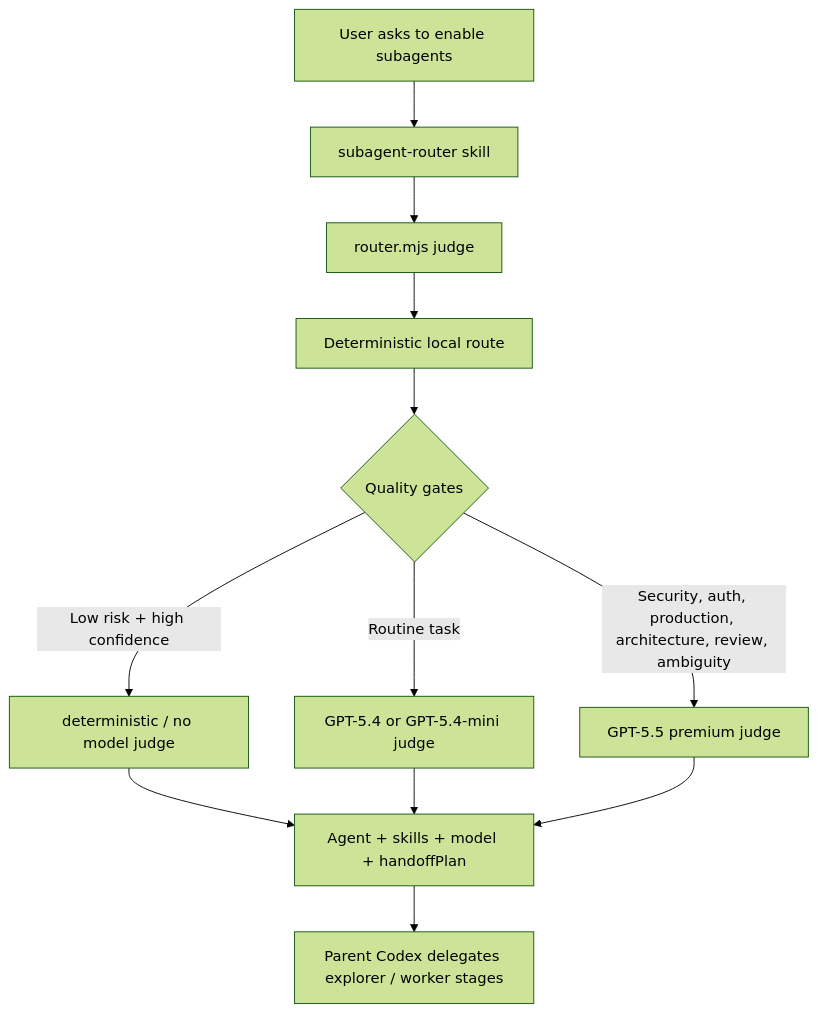
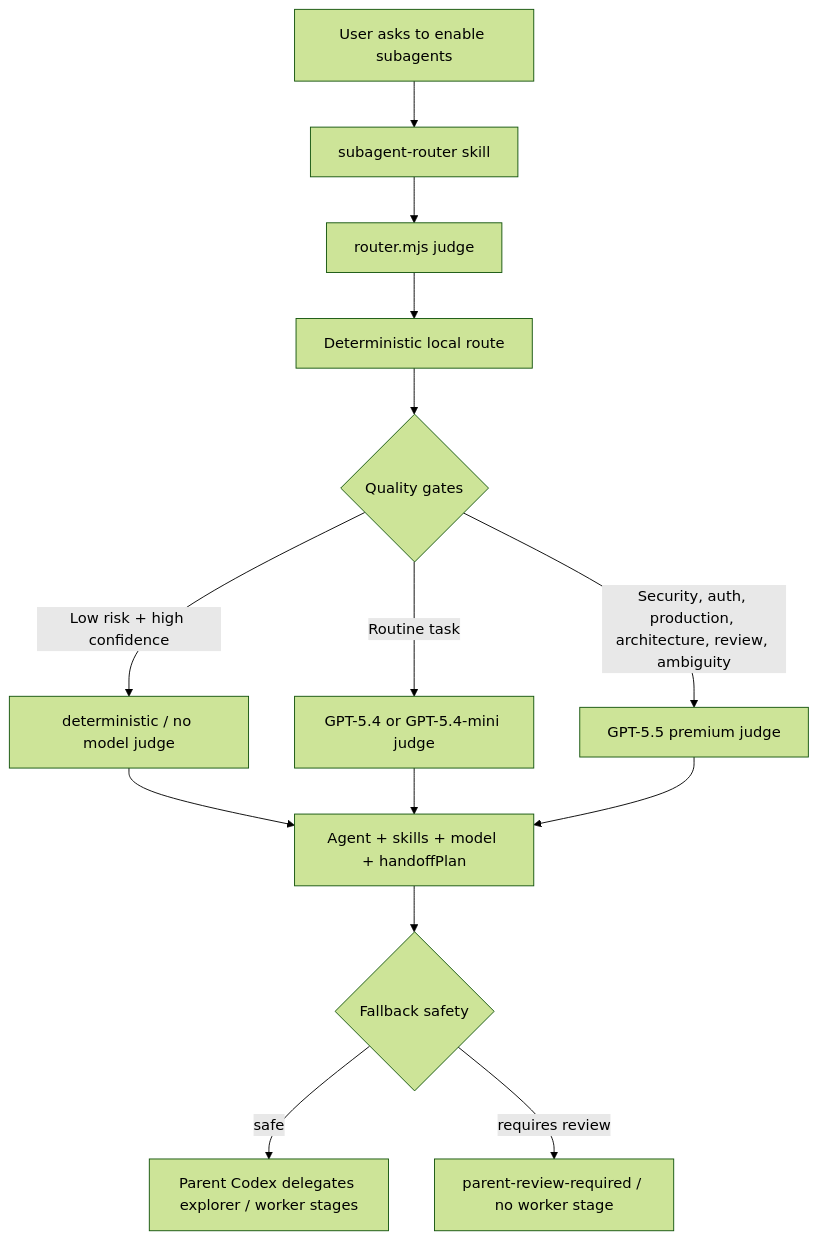
One commit to sjp121266-ops/codex-subagent-router-v8 changed the diagram in README.md. Above: the diagram before and after it, drawn with Mermaid (forest theme). The commit also changed other lines of this file and 21 other files, not shown here.

````diff
--- a/README.md
+++ b/README.md
@@ -22,14 +23,16 @@
 ```mermaid
 flowchart TD
   A["User asks to enable subagents"] --> B["subagent-router skill"]
   B --> C["router.mjs judge"]
   C --> D["Deterministic local route"]
   D --> E{"Quality gates"}
   E -->|"Low risk + high confidence"| F["deterministic / no model judge"]
   E -->|"Routine task"| G["GPT-5.4 or GPT-5.4-mini judge"]
   E -->|"Security, auth, production, architecture, review, ambiguity"| H["GPT-5.5 premium judge"]
   F --> I["Agent + skills + model + handoffPlan"]
   G --> I
   H --> I
-  I --> J["Parent Codex delegates explorer / worker stages"]
+  I --> J{"Fallback safety"}
+  J -->|"safe"| K["Parent Codex delegates explorer / worker stages"]
+  J -->|"requires review"| L["parent-review-required / no worker stage"]
 ```
````
